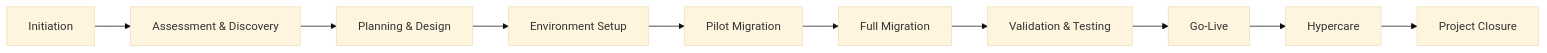
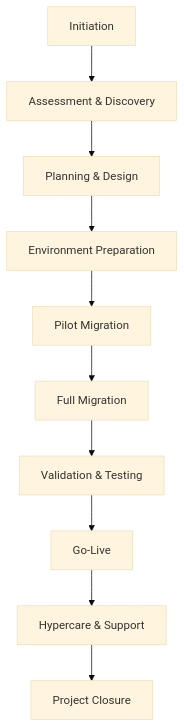
One commit to MwendwaNkonge/Project-Amani changed the diagram in docs/Migration-Lifecycle.md. Above: the diagram before and after it, drawn with Mermaid (base theme). The commit also changed other lines of this file, not shown here.

````diff
--- a/docs/Migration-Lifecycle.md
+++ b/docs/Migration-Lifecycle.md
@@ -62,13 +3,23 @@
 ```mermaid
-flowchart LR
+flowchart TD
     A[Initiation]
-    --> B[Assessment & Discovery]
-    --> C[Planning & Design]
-    --> D[Environment Setup]
-    --> E[Pilot Migration]
-    --> F[Full Migration]
-    --> G[Validation & Testing]
-    --> H[Go-Live]
-    --> I[Hypercare]
-    --> J[Project Closure]
+    B[Assessment & Discovery]
+    C[Planning & Design]
+    D[Environment Preparation]
+    E[Pilot Migration]
+    F[Full Migration]
+    G[Validation & Testing]
+    H[Go-Live]
+    I[Hypercare & Support]
+    J[Project Closure]
+
+    A --> B
+    B --> C
+    C --> D
+    D --> E
+    E --> F
+    F --> G
+    G --> H
+    H --> I
+    I --> J
 ```
````
